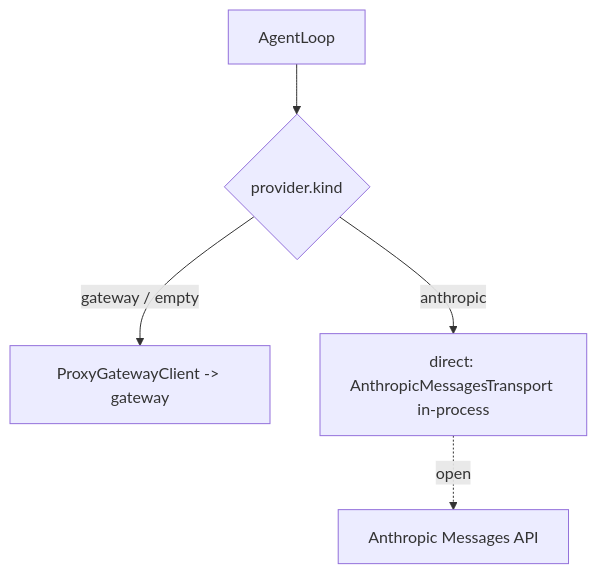
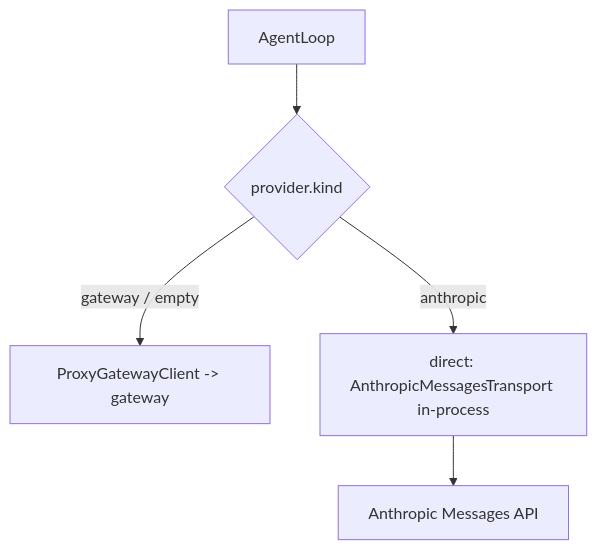
The diagram in docs/specs/2026-10-20_SP-PROVIDER-DIRECT-ANTHROPIC_route-provider-anthropic-without-the-gateway.md (repoachhq/repoach), drawn with Mermaid before and after one commit. The commit also changed other lines of this file and 2 other files, not shown here.

````diff
--- a/docs/specs/2026-10-20_SP-PROVIDER-DIRECT-ANTHROPIC_route-provider-anthropic-without-the-gateway.md
+++ b/docs/specs/2026-10-20_SP-PROVIDER-DIRECT-ANTHROPIC_route-provider-anthropic-without-the-gateway.md
@@ -90,7 +99,7 @@
 ```mermaid
 flowchart TD
     A[AgentLoop] --> B{provider.kind}
     B -- gateway / empty --> C[ProxyGatewayClient -> gateway]
     B -- anthropic --> D[direct: AnthropicMessagesTransport in-process]
-    D -. open .-> E[Anthropic Messages API]
+    D --> E[Anthropic Messages API]
 ```
````
